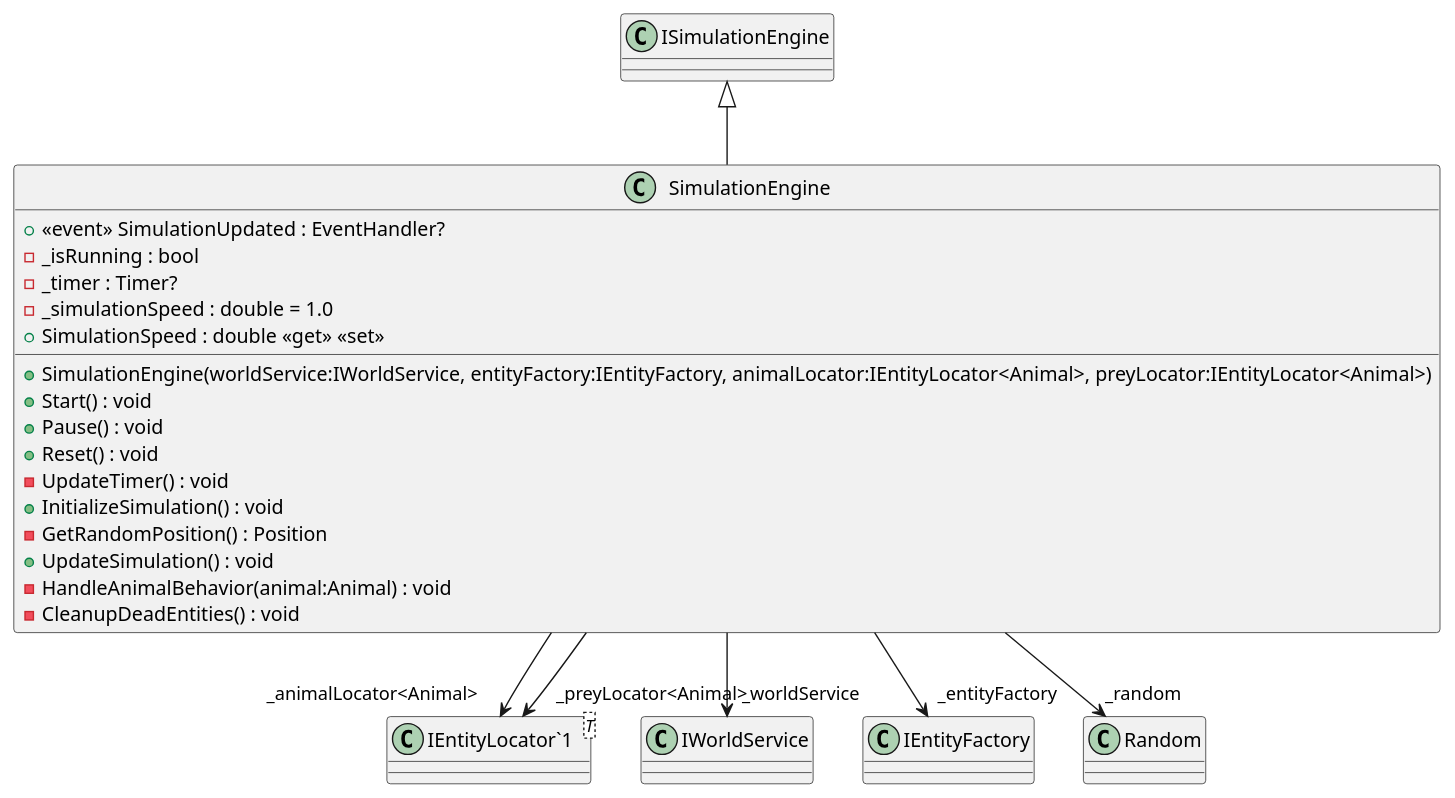
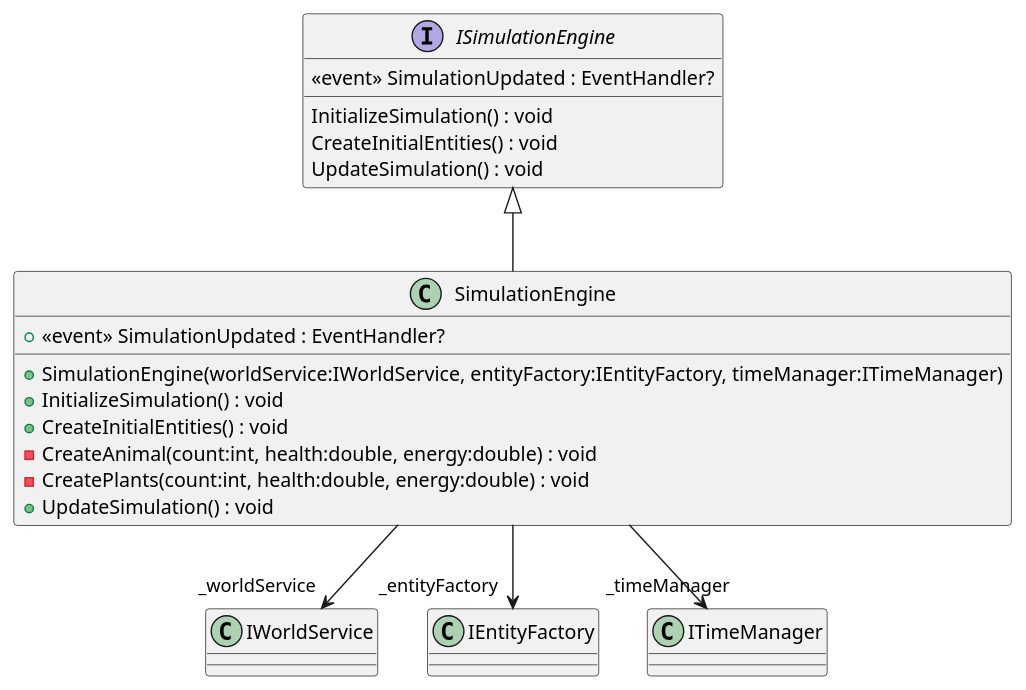
Before and after one commit to I42I/ecosystem: the diagram in plantuml/Services/Simulation/SimulationEngine.puml, drawn with PlantUML. The commit also changed 64 other files, not shown here.

Commit message:
plantuml

```diff
--- a/plantuml/Services/Simulation/SimulationEngine.puml
+++ b/plantuml/Services/Simulation/SimulationEngine.puml
@@ -1,27 +1,21 @@
 @startuml
+interface ISimulationEngine {
+     <<event>> SimulationUpdated : EventHandler? 
+    InitializeSimulation() : void
+    CreateInitialEntities() : void
+    UpdateSimulation() : void
+}
 class SimulationEngine {
     +  <<event>> SimulationUpdated : EventHandler? 
-    - _isRunning : bool
-    - _timer : Timer?
-    - _simulationSpeed : double = 1.0
-    + SimulationEngine(worldService:IWorldService, entityFactory:IEntityFactory, animalLocator:IEntityLocator<Animal>, preyLocator:IEntityLocator<Animal>)
-    + SimulationSpeed : double <<get>> <<set>>
-    + Start() : void
-    + Pause() : void
-    + Reset() : void
-    - UpdateTimer() : void
+    + SimulationEngine(worldService:IWorldService, entityFactory:IEntityFactory, timeManager:ITimeManager)
     + InitializeSimulation() : void
-    - GetRandomPosition() : Position
+    + CreateInitialEntities() : void
+    - CreateAnimal(count:int, health:double, energy:double) : void
+    - CreatePlants(count:int, health:double, energy:double) : void
     + UpdateSimulation() : void
-    - HandleAnimalBehavior(animal:Animal) : void
-    - CleanupDeadEntities() : void
-}
-class "IEntityLocator`1"<T> {
 }
 ISimulationEngine <|-- SimulationEngine
 SimulationEngine --> "_worldService" IWorldService
 SimulationEngine --> "_entityFactory" IEntityFactory
-SimulationEngine --> "_random" Random
-SimulationEngine --> "_animalLocator<Animal>" "IEntityLocator`1"
-SimulationEngine --> "_preyLocator<Animal>" "IEntityLocator`1"
+SimulationEngine --> "_timeManager" ITimeManager
 @enduml
```
